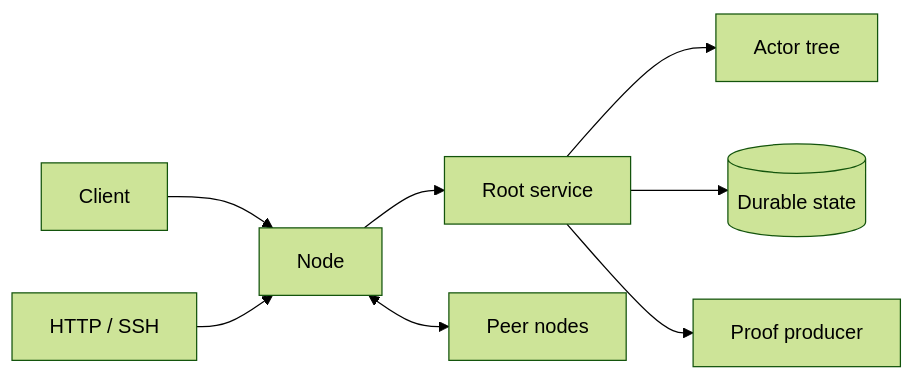
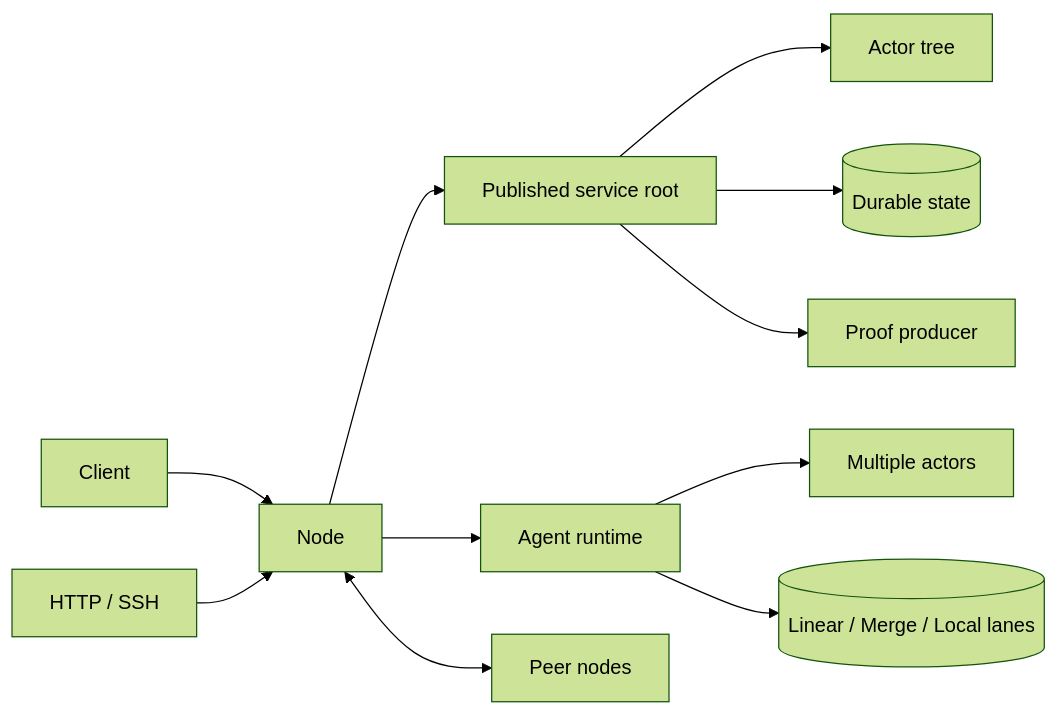
Before and after one commit to virto-network/vos: the diagram in README.md, drawn with Mermaid (forest theme). The commit also changed other lines of this file and 55 other files, not shown here.

Commit message:
feat(agent): bind multi-actor runtime foundation

````diff
--- a/README.md
+++ b/README.md
@@ -7,10 +7,13 @@
 ```mermaid
 flowchart LR
     C[Client] --> N[Node]
-    N --> R[Root service]
+    N --> R[Published service root]
+    N --> G[Agent runtime]
     H[HTTP / SSH] --> N
     R --> A[Actor tree]
+    G --> M[Multiple actors]
     R --> S[(Durable state)]
+    G --> L[(Linear / Merge / Local lanes)]
     N <--> P[Peer nodes]
     R --> Q[Proof producer]
 ```
````
